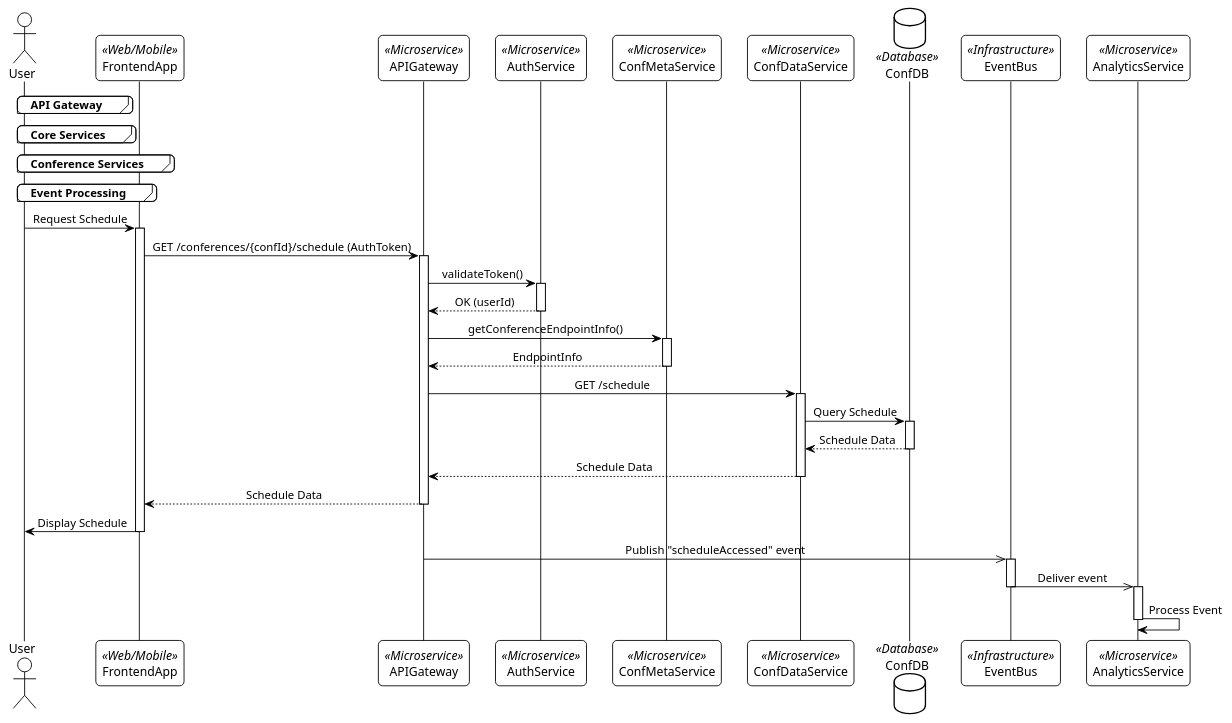
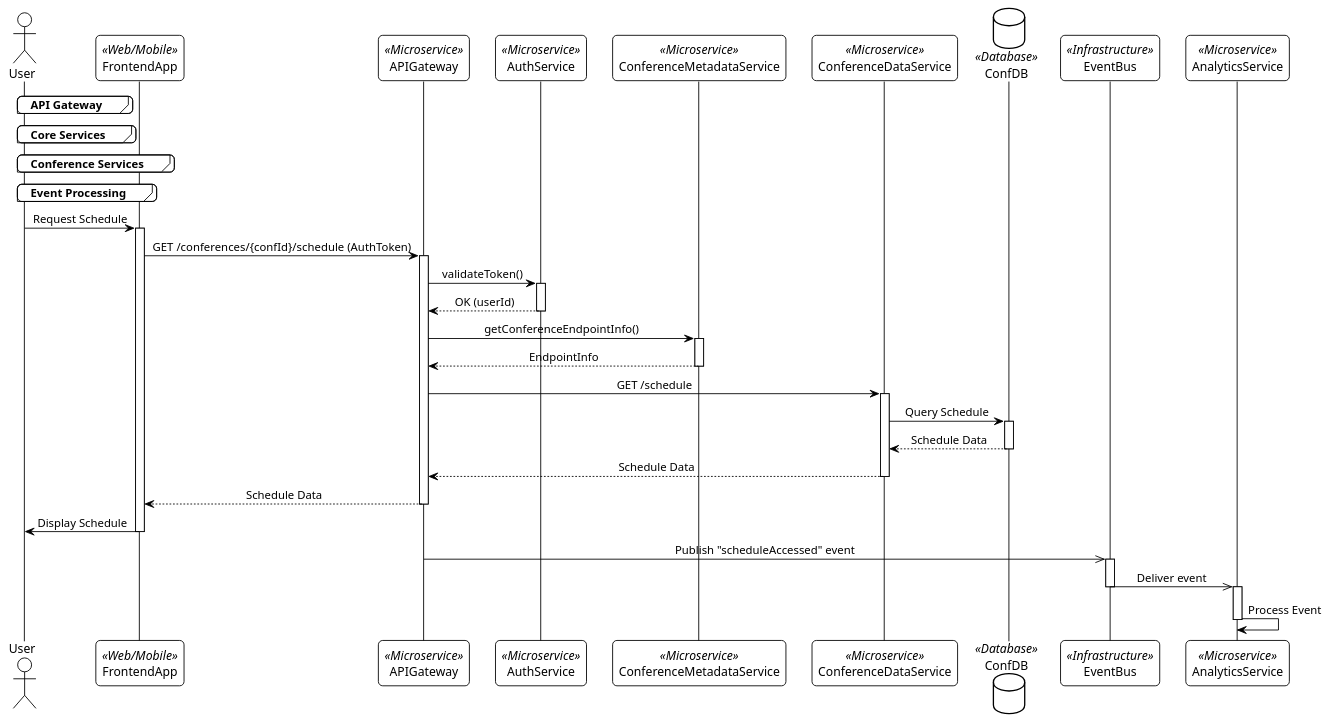
The diagram in logical/logical_sequence_diagram.puml (Guillermode20/softarch2-uni-work), drawn with PlantUML before and after one commit. The commit also changed 7 other files, not shown here.

Commit message:
Enhance logical diagrams by adding new methods to services, introducing an EventBus infrastructure component, and updating participant names for consistency. Removed outdated PNG files.

```diff
--- a/logical/logical_sequence_diagram.puml
+++ b/logical/logical_sequence_diagram.puml
@@ -1,77 +1,77 @@
 @startuml
 !theme plain
 skinparam ClassAttributeIconSize 0
 skinparam roundcorner 10
 skinparam sequenceMessageAlign center
 
 ' ===== Participants =====
 actor User
 participant FrontendApp <<Web/Mobile>>
 
 group API Gateway
     participant APIGateway <<Microservice>>
 end
 
 group Core Services
     participant AuthService <<Microservice>>
-    participant ConfMetaService <<Microservice>>
+    participant ConferenceMetadataService <<Microservice>>
 end
 
 group Conference Services
-    participant ConfDataService <<Microservice>>
+    participant ConferenceDataService <<Microservice>>
     database ConfDB <<Database>>
 end
 
 group Event Processing
     participant EventBus <<Infrastructure>>
     participant AnalyticsService <<Microservice>>
 end
 
 ' ===== Sequence Flow =====
 ' Initial Request
 User -> FrontendApp: Request Schedule
 activate FrontendApp
 
 ' Authentication Flow
 FrontendApp -> APIGateway: GET /conferences/{confId}/schedule (AuthToken)
 activate APIGateway
 
 APIGateway -> AuthService: validateToken()
 activate AuthService
 AuthService --> APIGateway: OK (userId)
 deactivate AuthService
 
 ' Conference Metadata Flow
-APIGateway -> ConfMetaService: getConferenceEndpointInfo()
-activate ConfMetaService
-ConfMetaService --> APIGateway: EndpointInfo
-deactivate ConfMetaService
+APIGateway -> ConferenceMetadataService: getConferenceEndpointInfo()
+activate ConferenceMetadataService
+ConferenceMetadataService --> APIGateway: EndpointInfo
+deactivate ConferenceMetadataService
 
 ' Schedule Retrieval Flow
-APIGateway -> ConfDataService: GET /schedule
-activate ConfDataService
+APIGateway -> ConferenceDataService: GET /schedule
+activate ConferenceDataService
 
-ConfDataService -> ConfDB: Query Schedule
+ConferenceDataService -> ConfDB: Query Schedule
 activate ConfDB
-ConfDB --> ConfDataService: Schedule Data
+ConfDB --> ConferenceDataService: Schedule Data
 deactivate ConfDB
 
-ConfDataService --> APIGateway: Schedule Data
-deactivate ConfDataService
+ConferenceDataService --> APIGateway: Schedule Data
+deactivate ConferenceDataService
 
 ' Response Flow
 APIGateway --> FrontendApp: Schedule Data
 deactivate APIGateway
 
 FrontendApp -> User: Display Schedule
 deactivate FrontendApp
 
 ' Analytics Flow
 APIGateway ->> EventBus: Publish "scheduleAccessed" event
 activate EventBus
 EventBus ->> AnalyticsService: Deliver event
 deactivate EventBus
 activate AnalyticsService
 AnalyticsService -> AnalyticsService: Process Event
 deactivate AnalyticsService
 @enduml
```
